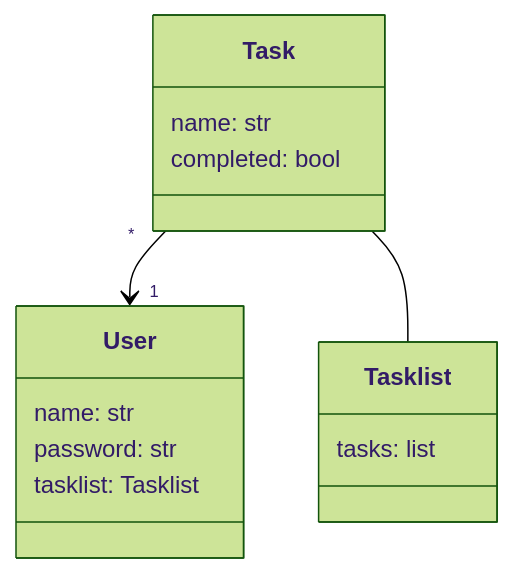
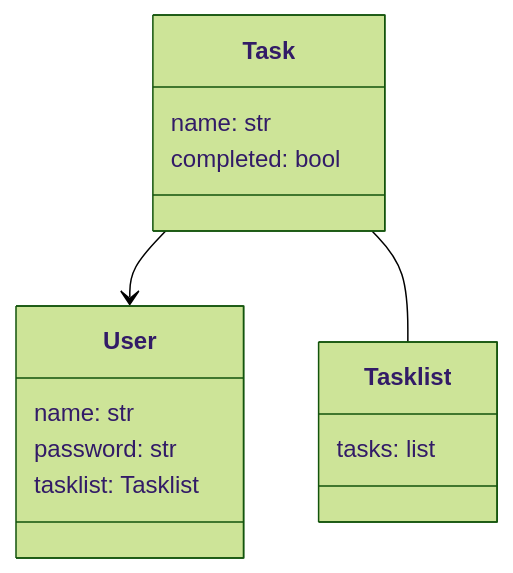
The diagram in dokumentaatio/arkkitehtuuri.md (Yusuboy/TODO-APP), drawn with Mermaid (forest theme) before and after one commit.

Commit message:
Päivitettiin arkkitehtuuri.md

````diff
--- a/dokumentaatio/arkkitehtuuri.md
+++ b/dokumentaatio/arkkitehtuuri.md
@@ -1,17 +1,17 @@
 ```mermaid
  classDiagram
-      Task "*" --> "1" User
+      Task  -->  User
       Task -- Tasklist
       class User{
           name: str
           password: str
           tasklist: Tasklist
       }
       class Task{
           name: str
           completed: bool
       }
       class Tasklist {
         tasks: list
       }
 ```
````
